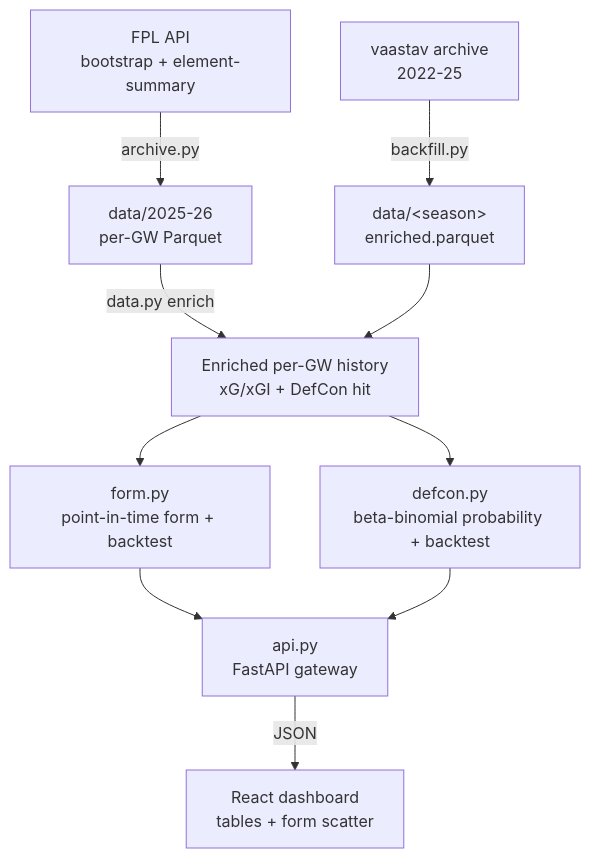
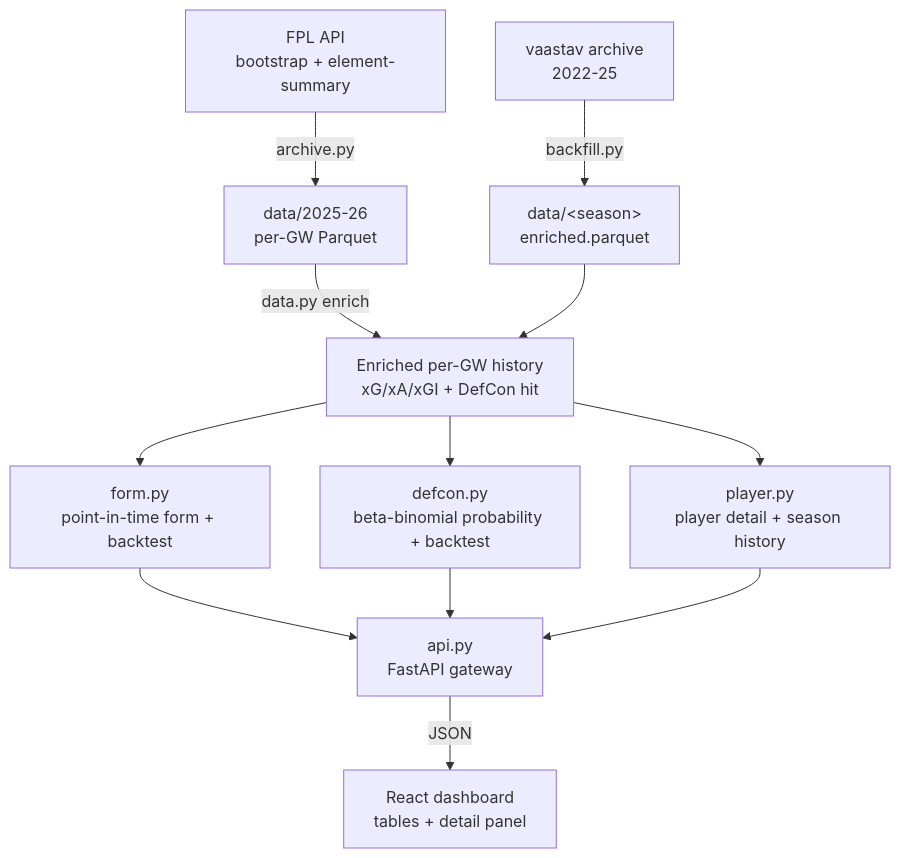
Before and after one commit to IsaacCheng9/fpl-analytics-engine: the diagram in README.md, drawn with Mermaid. The commit also changed other lines of this file and 20 other files, not shown here.

First line of the commit message:
feat: Add cross-season player detail analytics, expand the player tables (#19)

````diff
--- a/README.md
+++ b/README.md
@@ -86,12 +115,14 @@
 ```mermaid
 flowchart TD
     fpl[FPL API<br/>bootstrap + element-summary] -->|archive.py| snap[data/2025-26<br/>per-GW Parquet]
     vaastav[vaastav archive<br/>2022-25] -->|backfill.py| hist[data/&lt;season&gt;<br/>enriched.parquet]
-    snap -->|data.py enrich| enriched[Enriched per-GW history<br/>xG/xGI + DefCon hit]
+    snap -->|data.py enrich| enriched[Enriched per-GW history<br/>xG/xA/xGI + DefCon hit]
     hist --> enriched
     enriched --> formmod[form.py<br/>point-in-time form + backtest]
     enriched --> defconmod[defcon.py<br/>beta-binomial probability + backtest]
+    enriched --> playermod[player.py<br/>player detail + season history]
     formmod --> api[api.py<br/>FastAPI gateway]
     defconmod --> api
-    api -->|JSON| ui[React dashboard<br/>tables + form scatter]
+    playermod --> api
+    api -->|JSON| ui[React dashboard<br/>tables + detail panel]
 ```
````
